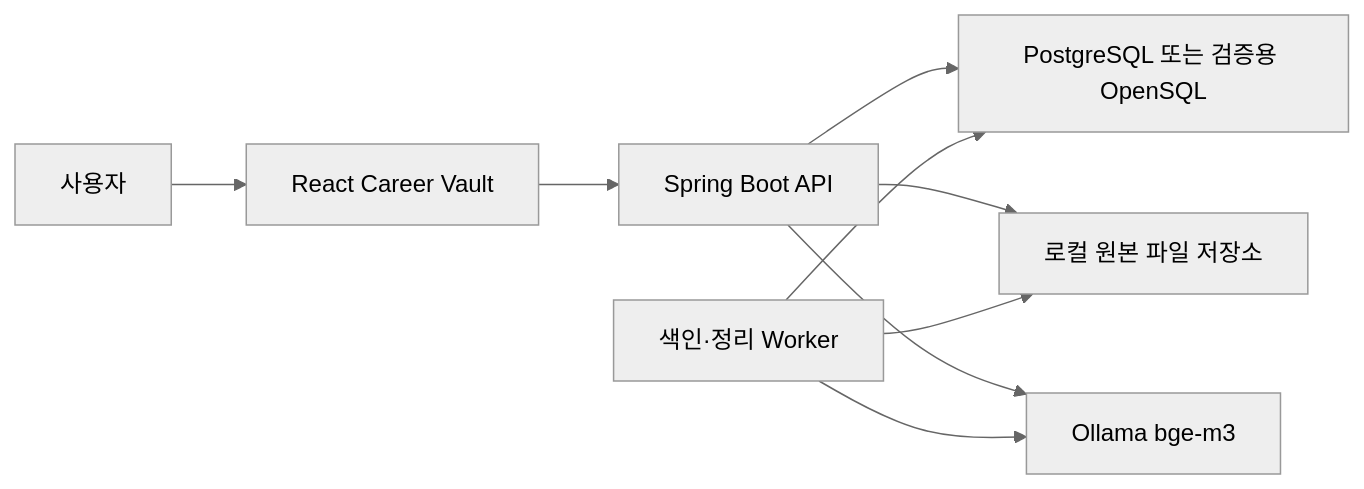
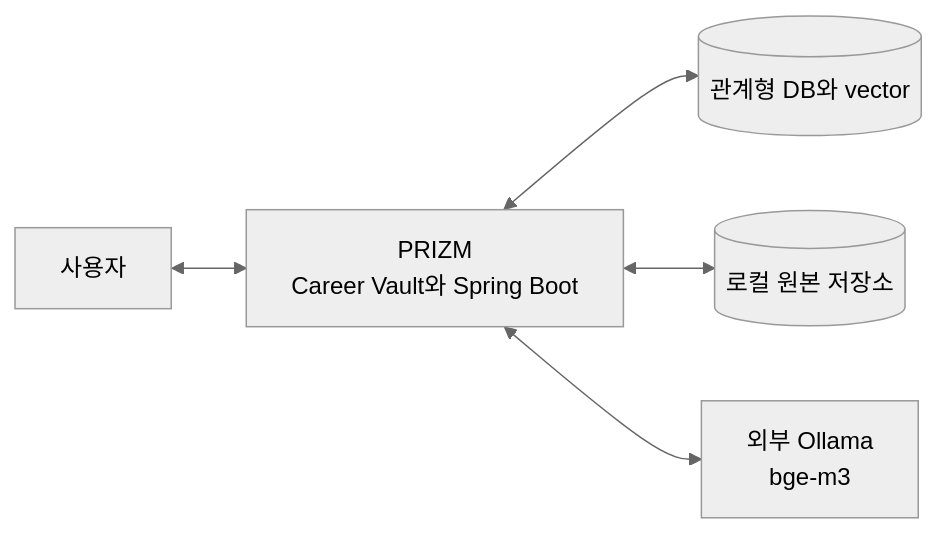
The first of 6 diagrams in docs/architecture.md (jaemin-devlog/PRIZM), drawn with Mermaid (neutral theme) before and after one commit. The commit also changed other lines of this file and 1 other file, not shown here.

Commit message:
docs: improve architecture guide

````diff
--- a/docs/architecture.md
+++ b/docs/architecture.md
@@ -19,11 +46,13 @@
 ```mermaid
 flowchart LR
-    U["사용자"] --> F["React Career Vault"]
-    F --> A["Spring Boot API"]
-    A --> DB["PostgreSQL 또는 검증용 OpenSQL"]
-    A --> FS["로컬 원본 파일 저장소"]
-    A --> O["Ollama bge-m3"]
-    W["색인·정리 Worker"] --> DB
-    W --> FS
-    W --> O
+    U["사용자"]
+    P["PRIZM<br/>Career Vault와 Spring Boot"]
+    DB[("관계형 DB와 vector")]
+    FS[("로컬 원본 저장소")]
+    O["외부 Ollama<br/>bge-m3"]
+
+    U <--> P
+    P <--> DB
+    P <--> FS
+    P <--> O
 ```
````
